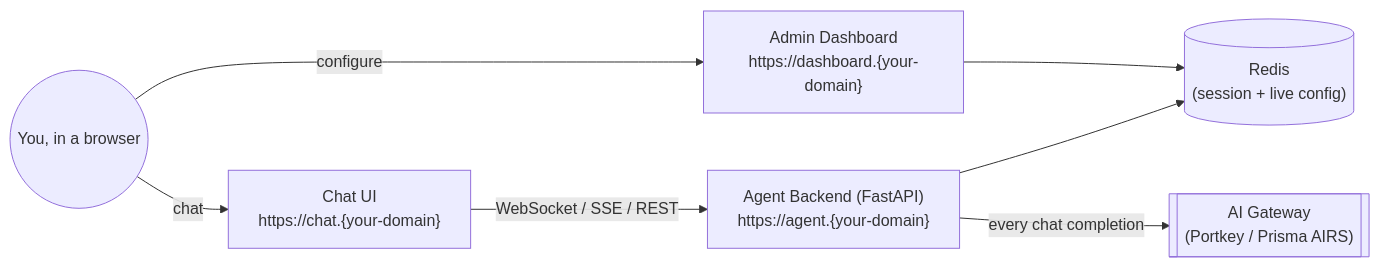
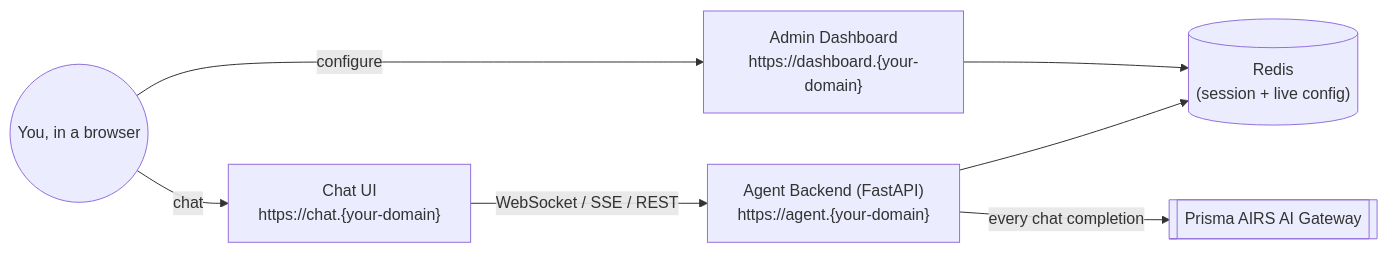
Before and after one commit to matthew20103/lab-agent-all-in-one: the first of 3 diagrams in LAB_GUIDE.md, drawn with Mermaid. The commit also changed other lines of this file and 3 other files, not shown here.

First line of the commit message:
Rename user-facing "Portkey" to "Prisma AIRS AI Gateway"

````diff
--- a/LAB_GUIDE.md
+++ b/LAB_GUIDE.md
@@ -34,16 +34,16 @@
 ```mermaid
 flowchart LR
     You((You, in a browser))
     Chat["Chat UI\nhttps://chat.{your-domain}"]
     Agent["Agent Backend (FastAPI)\nhttps://agent.{your-domain}"]
     Dash["Admin Dashboard\nhttps://dashboard.{your-domain}"]
     Redis[("Redis\n(session + live config)")]
-    Gateway[["AI Gateway\n(Portkey / Prisma AIRS)"]]
+    Gateway[["Prisma AIRS AI Gateway"]]
 
     You -->|chat| Chat
     You -->|configure| Dash
     Chat -->|WebSocket / SSE / REST| Agent
     Agent --> Redis
     Dash --> Redis
     Agent -->|every chat completion| Gateway
 ```
````
